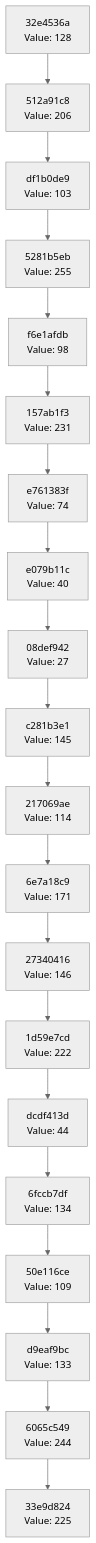
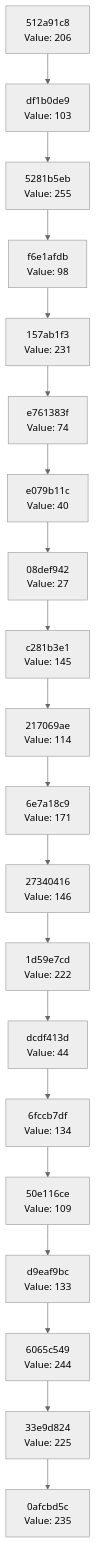
Before and after one commit to Abhisheksinha1506/hash-chain-evolver: the diagram in docs/CHAIN_VISUALIZATION.md, drawn with Mermaid (neutral theme). The commit also changed 1 other file, not shown here.

Commit message:
Evolution step: hash 0xEB → action executed

````diff
--- a/docs/CHAIN_VISUALIZATION.md
+++ b/docs/CHAIN_VISUALIZATION.md
@@ -3,42 +3,42 @@
 ```mermaid
 graph TD
-    C0["33e9d824<br/>Value: 225"]
-    C1["6065c549<br/>Value: 244"]
+    C0["0afcbd5c<br/>Value: 235"]
+    C1["33e9d824<br/>Value: 225"]
     C1 --> C0
-    C2["d9eaf9bc<br/>Value: 133"]
+    C2["6065c549<br/>Value: 244"]
     C2 --> C1
-    C3["50e116ce<br/>Value: 109"]
+    C3["d9eaf9bc<br/>Value: 133"]
     C3 --> C2
-    C4["6fccb7df<br/>Value: 134"]
+    C4["50e116ce<br/>Value: 109"]
     C4 --> C3
-    C5["dcdf413d<br/>Value: 44"]
+    C5["6fccb7df<br/>Value: 134"]
     C5 --> C4
-    C6["1d59e7cd<br/>Value: 222"]
+    C6["dcdf413d<br/>Value: 44"]
     C6 --> C5
-    C7["27340416<br/>Value: 146"]
+    C7["1d59e7cd<br/>Value: 222"]
     C7 --> C6
-    C8["6e7a18c9<br/>Value: 171"]
+    C8["27340416<br/>Value: 146"]
     C8 --> C7
-    C9["217069ae<br/>Value: 114"]
+    C9["6e7a18c9<br/>Value: 171"]
     C9 --> C8
-    C10["c281b3e1<br/>Value: 145"]
+    C10["217069ae<br/>Value: 114"]
     C10 --> C9
-    C11["08def942<br/>Value: 27"]
+    C11["c281b3e1<br/>Value: 145"]
     C11 --> C10
-    C12["e079b11c<br/>Value: 40"]
+    C12["08def942<br/>Value: 27"]
     C12 --> C11
-    C13["e761383f<br/>Value: 74"]
+    C13["e079b11c<br/>Value: 40"]
     C13 --> C12
-    C14["157ab1f3<br/>Value: 231"]
+    C14["e761383f<br/>Value: 74"]
     C14 --> C13
-    C15["f6e1afdb<br/>Value: 98"]
+    C15["157ab1f3<br/>Value: 231"]
     C15 --> C14
-    C16["5281b5eb<br/>Value: 255"]
+    C16["f6e1afdb<br/>Value: 98"]
     C16 --> C15
-    C17["df1b0de9<br/>Value: 103"]
+    C17["5281b5eb<br/>Value: 255"]
     C17 --> C16
-    C18["512a91c8<br/>Value: 206"]
+    C18["df1b0de9<br/>Value: 103"]
     C18 --> C17
-    C19["32e4536a<br/>Value: 128"]
+    C19["512a91c8<br/>Value: 206"]
     C19 --> C18
 ```
````
